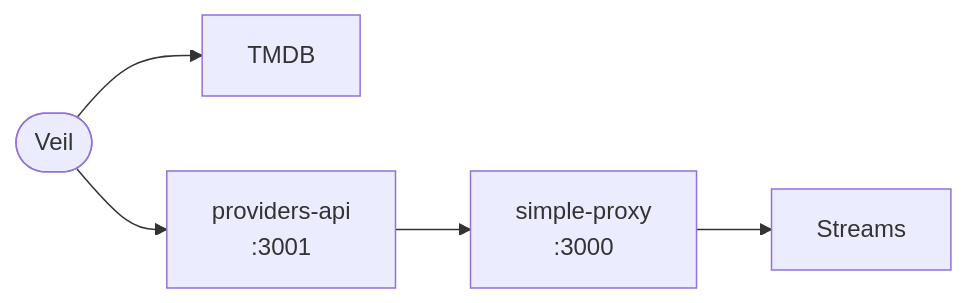
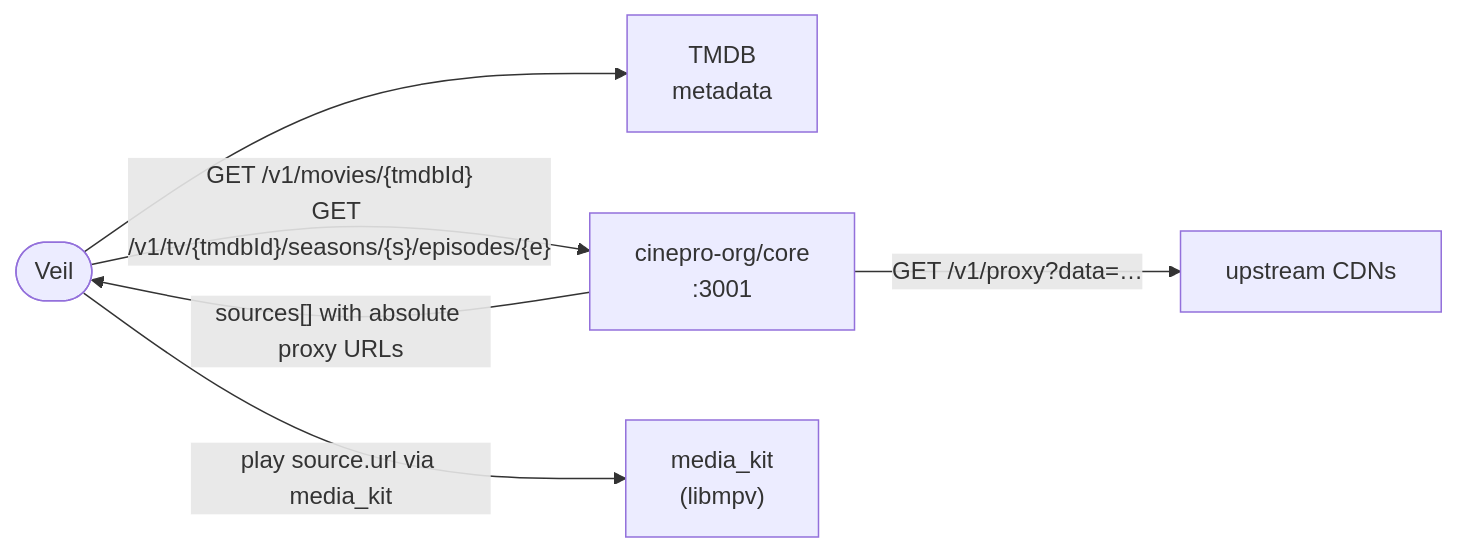
The diagram in README.md (dikshadamahe/veil-android), drawn with Mermaid before and after one commit. The commit also changed other lines of this file and 12 other files, not shown here.

First line of the commit message:
feat: migrate resolver to OMSS v1.0 (cinepro-org/core)

````diff
--- a/README.md
+++ b/README.md
@@ -39,7 +39,8 @@
 ```mermaid
 flowchart LR
-  V(["Veil"]) --> T["TMDB"]
-  V --> P["providers-api\n:3001"]
-  P --> S["simple-proxy\n:3000"]
-  S --> C["Streams"]
+  V(["Veil"]) --> T["TMDB\nmetadata"]
+  V -->|"GET /v1/movies/{tmdbId}\nGET /v1/tv/{tmdbId}/seasons/{s}/episodes/{e}"| C["cinepro-org/core\n:3001"]
+  C -->|"sources[] with absolute proxy URLs"| V
+  V -->|"play source.url via media_kit"| P["media_kit\n(libmpv)"]
+  C -->|"GET /v1/proxy?data=…"| S["upstream CDNs"]
 ```
````
